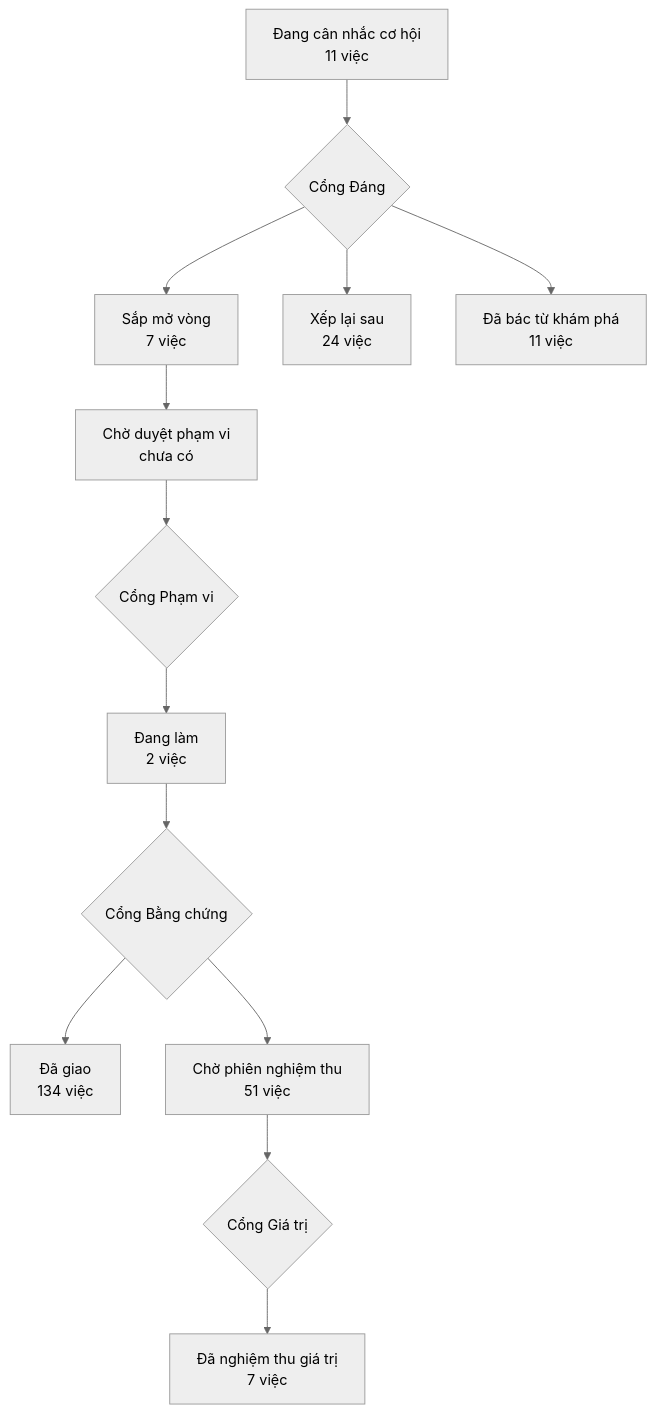
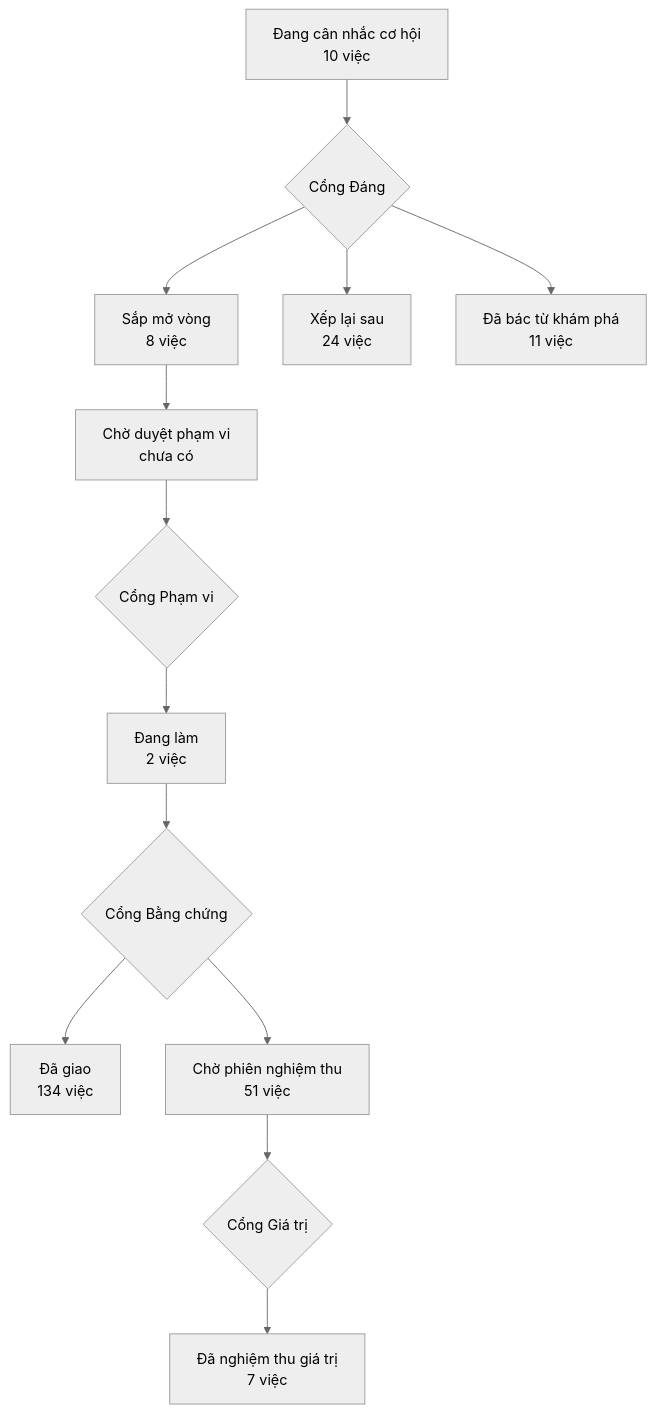
One commit to phanlemanh/acceptance-gate-kit changed the diagram in PRODUCT-MAP.md. Above: the diagram before and after it, drawn with Mermaid (neutral theme). The commit also changed 2 other files, not shown here.

Commit message:
docs(o-tinh-chinh): Cổng Đáng TC1b — chủ kho quyết build, ngưỡng và hạn theo đề xuất (05/11)

````diff
--- a/PRODUCT-MAP.md
+++ b/PRODUCT-MAP.md
@@ -7,12 +7,12 @@
 ```mermaid
 flowchart TD
-  A["Đang cân nhắc cơ hội<br/>11 việc"] --> GD{"Cổng Đáng"}
-  GD --> B["Sắp mở vòng<br/>7 việc"]
+  A["Đang cân nhắc cơ hội<br/>10 việc"] --> GD{"Cổng Đáng"}
+  GD --> B["Sắp mở vòng<br/>8 việc"]
   GD --> XL["Xếp lại sau<br/>24 việc"]
   GD --> DB["Đã bác từ khám phá<br/>11 việc"]
   B --> CD["Chờ duyệt phạm vi<br/>chưa có"] --> GP{"Cổng Phạm vi"}
   GP --> DL["Đang làm<br/>2 việc"] --> GB{"Cổng Bằng chứng"}
   GB --> DG["Đã giao<br/>134 việc"]
   GB --> CN["Chờ phiên nghiệm thu<br/>51 việc"] --> GG{"Cổng Giá trị"}
   GG --> NT["Đã nghiệm thu giá trị<br/>7 việc"]
 ```
````
